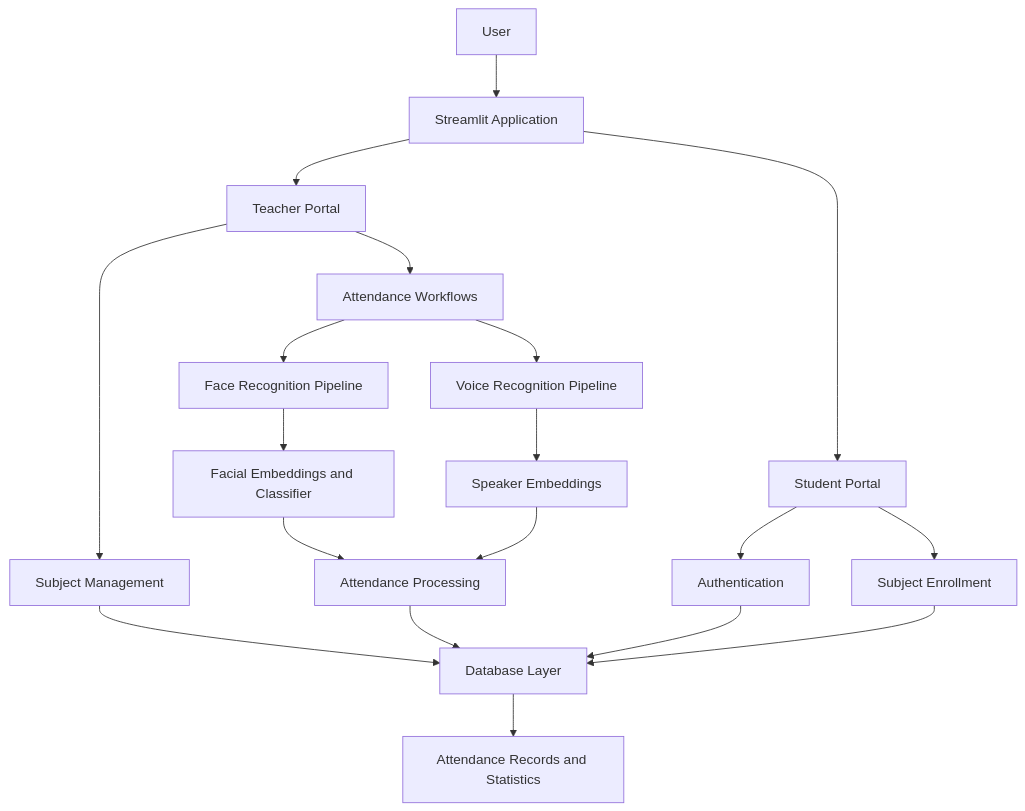
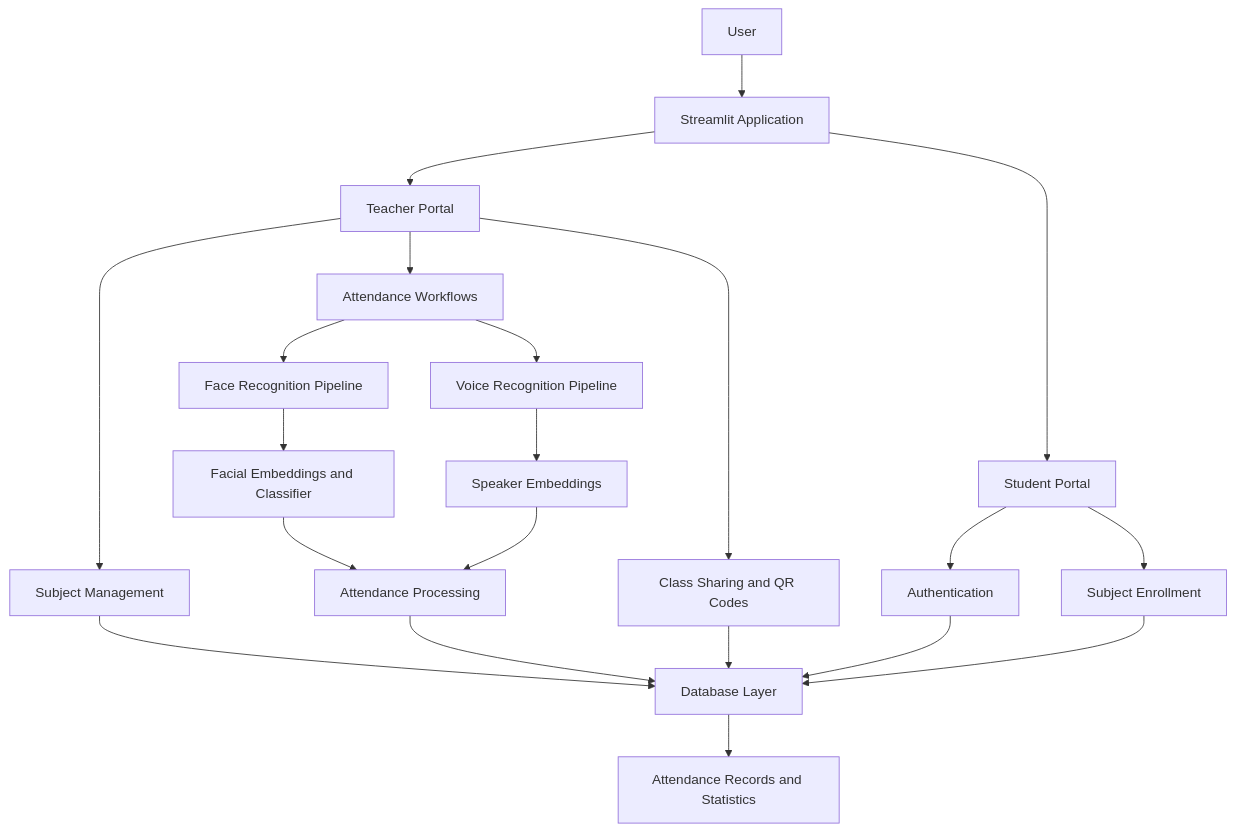
Before and after one commit to muskxann/AI-attendance: the diagram in README.md, drawn with Mermaid. The commit also changed other lines of this file and 1 other file, not shown here.

````diff
--- a/README.md
+++ b/README.md
@@ -243,29 +245,31 @@
 ```mermaid
 flowchart TD
     A[User] --> B[Streamlit Application]
 
     B --> C[Teacher Portal]
     B --> D[Student Portal]
 
     C --> E[Subject Management]
     C --> F[Attendance Workflows]
+    C --> G[Class Sharing and QR Codes]
 
-    D --> G[Authentication]
-    D --> H[Subject Enrollment]
+    D --> H[Authentication]
+    D --> I[Subject Enrollment]
 
-    F --> I[Face Recognition Pipeline]
-    F --> J[Voice Recognition Pipeline]
+    F --> J[Face Recognition Pipeline]
+    F --> K[Voice Recognition Pipeline]
 
-    I --> K[Facial Embeddings and Classifier]
-    J --> L[Speaker Embeddings]
+    J --> L[Facial Embeddings and Classifier]
+    K --> M[Speaker Embeddings]
 
-    E --> M[Database Layer]
-    G --> M
-    H --> M
+    E --> N[Database Layer]
+    G --> N
+    H --> N
+    I --> N
 
-    K --> N[Attendance Processing]
-    L --> N
+    L --> O[Attendance Processing]
+    M --> O
 
-    N --> M
-    M --> O[Attendance Records and Statistics]
+    O --> N
+    N --> P[Attendance Records and Statistics]
 ```
````
